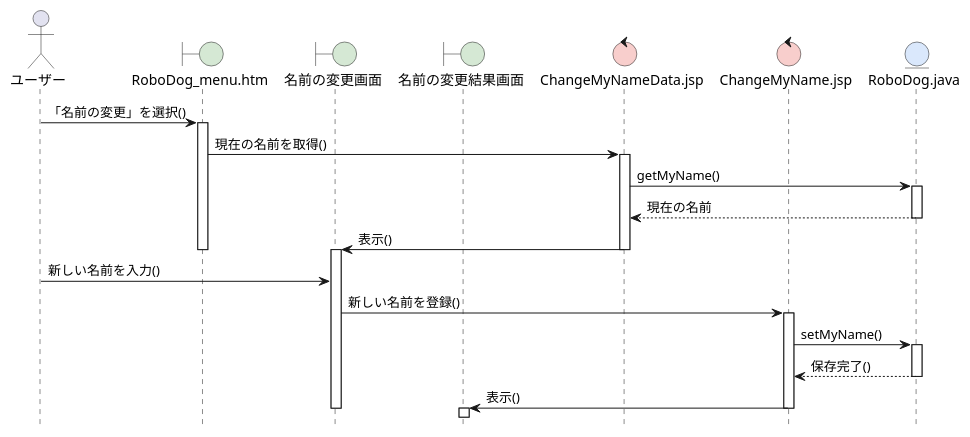
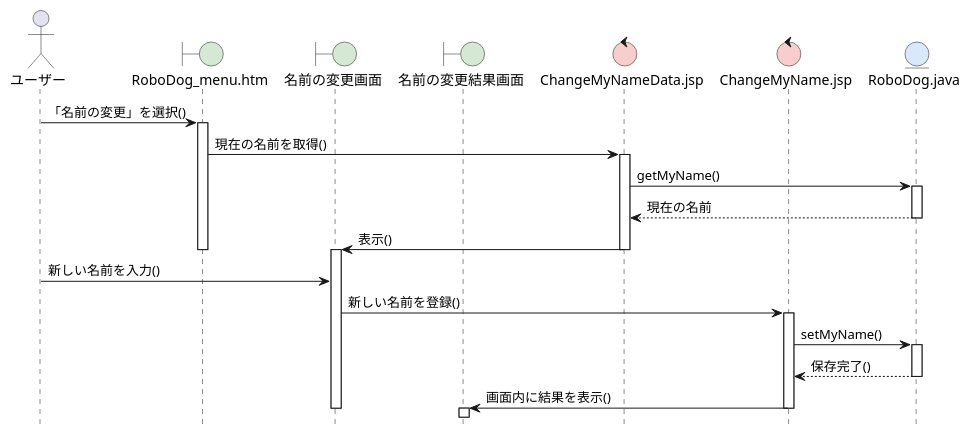
The diagram in 06_robo_dog/sequence_01_change_name.pu (kakipe/oohara_uml), drawn with PlantUML before and after one commit. The commit also changed 3 other files, not shown here.

```diff
--- a/06_robo_dog/sequence_01_change_name.pu
+++ b/06_robo_dog/sequence_01_change_name.pu
@@ -1,43 +1,43 @@
 @startuml RoboDogシステム-名前変更シーケンス図
 hide footbox
 skinparam boundaryBackgroundColor #D5E8D4
 skinparam controlBackgroundColor  #F8CECC
 skinparam entityBackgroundColor   #DAE8FC
 
 actor ユーザー as A
 boundary "RoboDog_menu.htm" as B1
 boundary 名前の変更画面 as B2
 boundary 名前の変更結果画面 as B3
 control "ChangeMyNameData.jsp" as C1
 control "ChangeMyName.jsp" as C2
 entity "RoboDog.java" as E
 
 A -> B1: 「名前の変更」を選択()
 activate B1
 
 B1 -> C1: 現在の名前を取得()
 activate C1
 C1 -> E: getMyName()
 activate E
 E --> C1: 現在の名前
 deactivate E
 C1 -> B2: 表示()
 deactivate C1
 deactivate B1
 activate B2
 
 A -> B2: 新しい名前を入力()
 
 B2 -> C2: 新しい名前を登録()
 activate C2
 C2 -> E: setMyName()
 activate E
 E --> C2: 保存完了()
 deactivate E
 
-C2 -> B3: 表示()
+C2 -> B3: 画面内に結果を表示()
 deactivate C2
 deactivate B2
 activate B3
 
 @enduml
```
